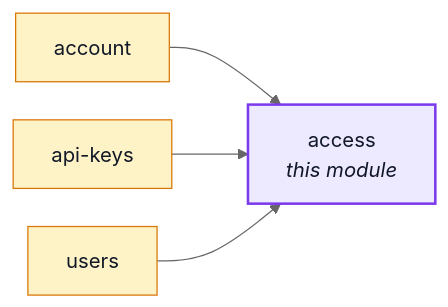
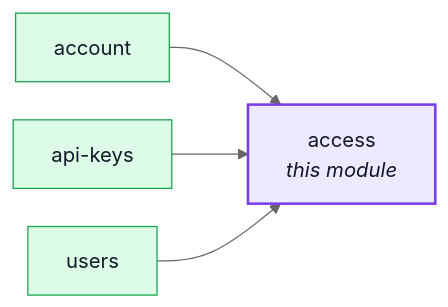
Before and after one commit to Guebbit/boilerplate-node-backend: the diagram in docs/modules/access.md, drawn with Mermaid (neutral theme). The commit also changed 13 other files, not shown here.

````diff
--- a/docs/modules/access.md
+++ b/docs/modules/access.md
@@ -19,19 +19,19 @@
 ```mermaid
 %%{init: {'flowchart': {'nodeSpacing': 30, 'rankSpacing': 60}}}%%
 flowchart LR
     access["access<br/><i>this module</i>"]
     account["account"]
     api_keys["api-keys"]
     users["users"]
 
     account --> access
     api_keys --> access
     users --> access
 
     classDef core fill:#dbeafe,stroke:#2563eb,color:#111827;
     classDef supporting fill:#fef3c7,stroke:#d97706,color:#111827;
     classDef generic fill:#dcfce7,stroke:#16a34a,color:#111827;
     classDef centre fill:#ede9fe,stroke:#7c3aed,stroke-width:2px,color:#111827;
-    class account,api_keys,users supporting;
+    class account,api_keys,users generic;
     class access centre;
 ```
````
